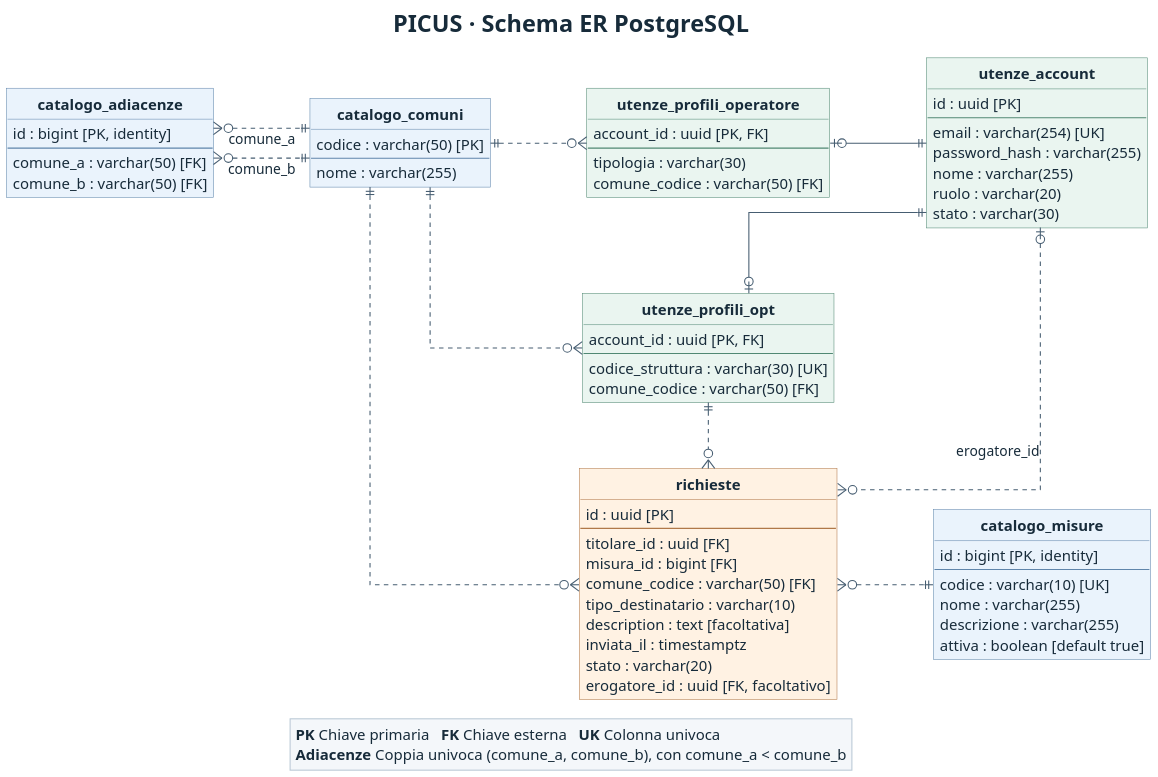
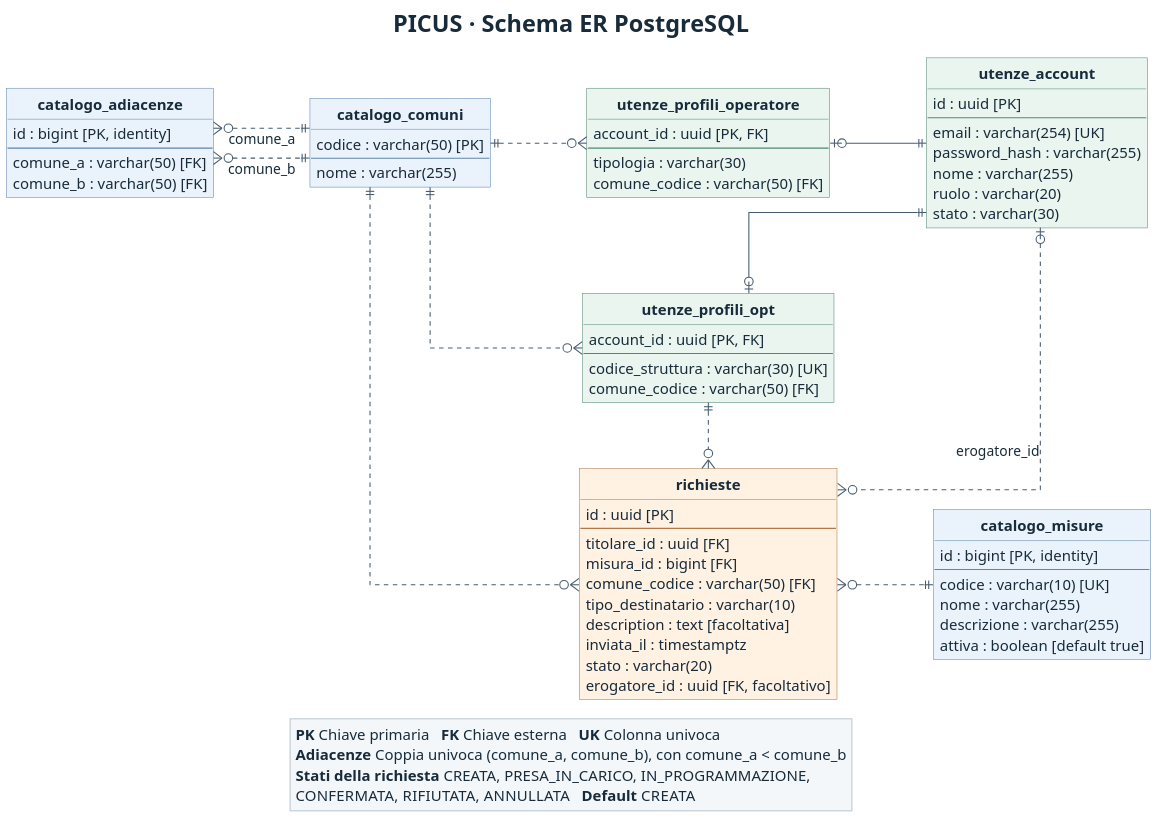
One commit to Pinguini-alla-Fragola/Progetto-SAD changed the diagram in docs/architecture/diagrams/PICUS-Schema-ER.puml. Above: the diagram before and after it, drawn with PlantUML. The commit also changed 6 other files, not shown here.

```diff
--- a/docs/architecture/diagrams/PICUS-Schema-ER.puml
+++ b/docs/architecture/diagrams/PICUS-Schema-ER.puml
@@ -1,109 +1,111 @@
 @startuml
-' Schema PostgreSQL di main (e7a39aa), migrazioni Flyway V1-V3.
+' Schema PostgreSQL risultante dalle migrazioni Flyway V1-V5.
 skinparam linetype ortho
 skinparam roundCorner 0
 skinparam nodesep 90
 skinparam ranksep 62
 skinparam shadowing false
 skinparam dpi 160
 skinparam defaultFontName Arial
 skinparam defaultFontColor #172B3A
 skinparam classFontStyle bold
 skinparam classAttributeIconSize 0
 skinparam ArrowColor #465D71
 skinparam legend {
   BackgroundColor #F4F7FA
   BorderColor #BAC9D6
 }
 
 skinparam class {
   BorderColor #60768A
   BackgroundColor #F6FAFD
   BackgroundColor<<Catalogo>> #EAF3FC
   BorderColor<<Catalogo>> #5F85AB
   BackgroundColor<<Utenze>> #EAF5F0
   BorderColor<<Utenze>> #508873
   BackgroundColor<<Richieste>> #FFF2E3
   BorderColor<<Richieste>> #B07848
 }
 
 hide circle
 hide stereotype
 title <size:22><b>PICUS · Schema ER PostgreSQL</b></size>
 
 entity catalogo_comuni <<Catalogo>> {
   codice : varchar(50) [PK]
   --
   nome : varchar(255)
 }
 
 entity catalogo_adiacenze <<Catalogo>> {
   id : bigint [PK, identity]
   --
   comune_a : varchar(50) [FK]
   comune_b : varchar(50) [FK]
 }
 
 entity catalogo_misure <<Catalogo>> {
   id : bigint [PK, identity]
   --
   codice : varchar(10) [UK]
   nome : varchar(255)
   descrizione : varchar(255)
   attiva : boolean [default true]
 }
 
 entity utenze_account <<Utenze>> {
   id : uuid [PK]
   --
   email : varchar(254) [UK]
   password_hash : varchar(255)
   nome : varchar(255)
   ruolo : varchar(20)
   stato : varchar(30)
 }
 
 entity utenze_profili_opt <<Utenze>> {
   account_id : uuid [PK, FK]
   --
   codice_struttura : varchar(30) [UK]
   comune_codice : varchar(50) [FK]
 }
 
 entity utenze_profili_operatore <<Utenze>> {
   account_id : uuid [PK, FK]
   --
   tipologia : varchar(30)
   comune_codice : varchar(50) [FK]
 }
 
 entity richieste <<Richieste>> {
   id : uuid [PK]
   --
   titolare_id : uuid [FK]
   misura_id : bigint [FK]
   comune_codice : varchar(50) [FK]
   tipo_destinatario : varchar(10)
   description : text [facoltativa]
   inviata_il : timestamptz
   stato : varchar(20)
   erogatore_id : uuid [FK, facoltativo]
 }
 
 catalogo_comuni ||.left.o{ catalogo_adiacenze : comune_a
 catalogo_comuni ||.left.o{ catalogo_adiacenze : comune_b
 catalogo_comuni ||.down.o{ utenze_profili_opt
 catalogo_comuni ||.right.o{ utenze_profili_operatore
 catalogo_comuni ||.down.o{ richieste
 catalogo_misure ||.left.o{ richieste
 utenze_account ||-down-o| utenze_profili_opt
 utenze_account ||-left-o| utenze_profili_operatore
 utenze_account |o.down.o{ richieste : erogatore_id
 utenze_profili_opt ||.down.o{ richieste
 utenze_profili_operatore -[hidden]down- utenze_profili_opt
 
 legend bottom
   <b>PK</b> Chiave primaria   <b>FK</b> Chiave esterna   <b>UK</b> Colonna univoca
   <b>Adiacenze</b> Coppia univoca (comune_a, comune_b), con comune_a < comune_b
+  <b>Stati della richiesta</b> CREATA, PRESA_IN_CARICO, IN_PROGRAMMAZIONE,
+  CONFERMATA, RIFIUTATA, ANNULLATA   <b>Default</b> CREATA
 endlegend
 @enduml
```
